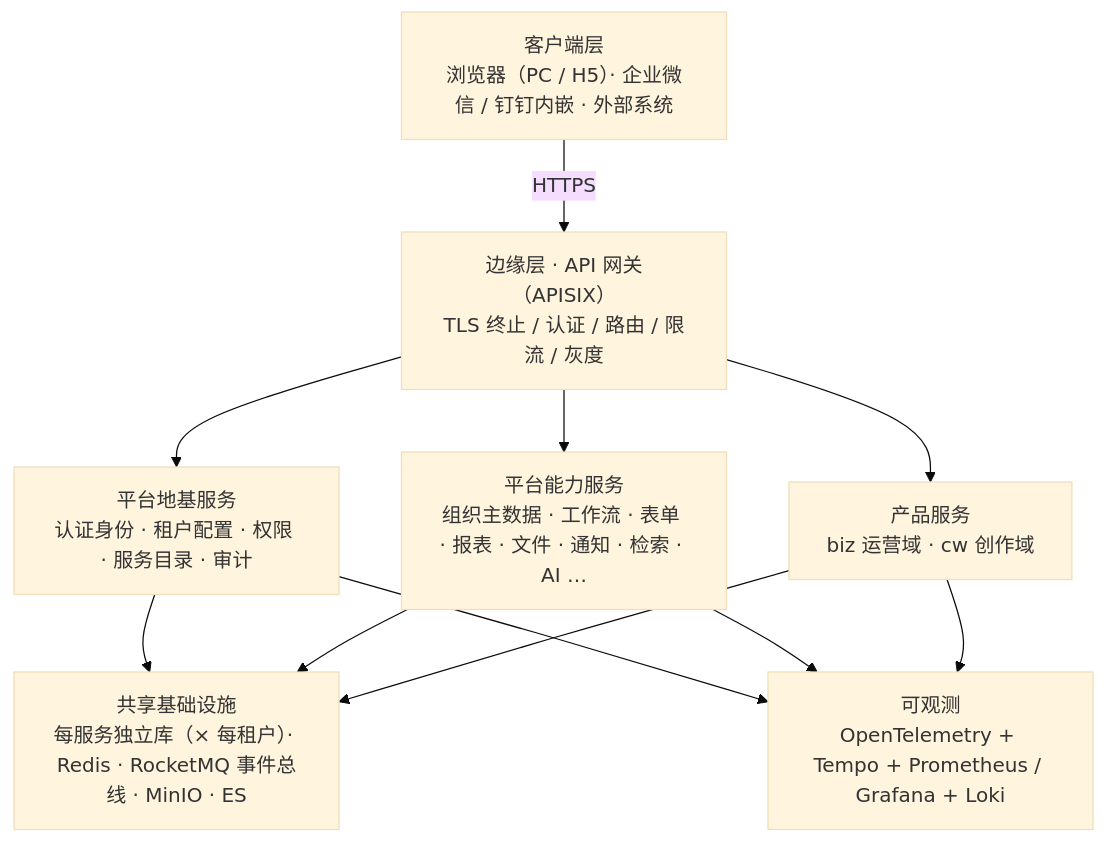
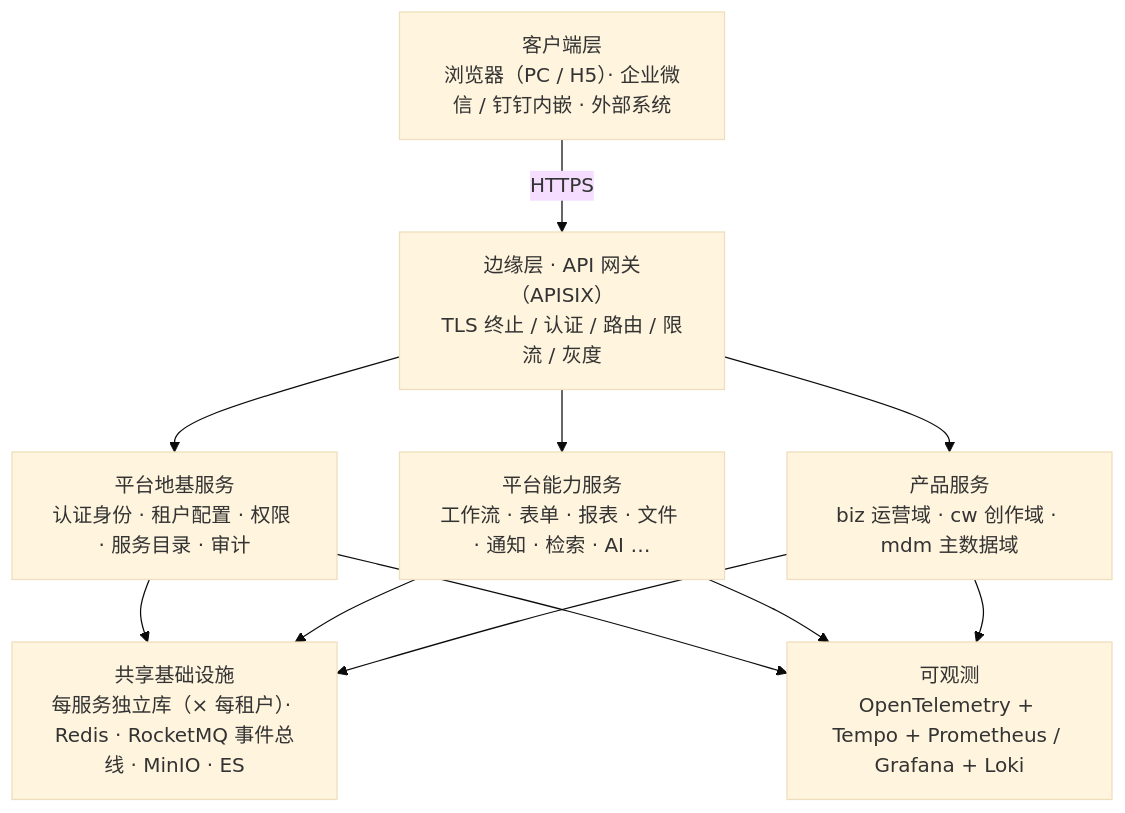
Before and after one commit to minjian123/basic-management-system: the first of 3 diagrams in bms文档/设计/架构设计/03_架构设计_总体架构.md, drawn with Mermaid (base theme). The commit also changed other lines of this file and 9 other files, not shown here.

````diff
--- a/bms文档/设计/架构设计/03_架构设计_总体架构.md
+++ b/bms文档/设计/架构设计/03_架构设计_总体架构.md
@@ -17,14 +17,14 @@
 ```mermaid
 graph TD
     A["客户端层<br/>浏览器（PC / H5）· 企业微信 / 钉钉内嵌 · 外部系统"]
     A -->|HTTPS| G["边缘层 · API 网关（APISIX）<br/>TLS 终止 / 认证 / 路由 / 限流 / 灰度"]
     G --> S0["平台地基服务<br/>认证身份 · 租户配置 · 权限 · 服务目录 · 审计"]
-    G --> S1["平台能力服务<br/>组织主数据 · 工作流 · 表单 · 报表 · 文件 · 通知 · 检索 · AI …"]
-    G --> S2["产品服务<br/>biz 运营域 · cw 创作域"]
+    G --> S1["平台能力服务<br/>工作流 · 表单 · 报表 · 文件 · 通知 · 检索 · AI …"]
+    G --> S2["产品服务<br/>biz 运营域 · cw 创作域 · mdm 主数据域"]
     S0 --> INF["共享基础设施<br/>每服务独立库（× 每租户）· Redis · RocketMQ 事件总线 · MinIO · ES"]
     S1 --> INF
     S2 --> INF
     S0 --> OBS["可观测<br/>OpenTelemetry + Tempo + Prometheus / Grafana + Loki"]
     S1 --> OBS
     S2 --> OBS
 ```
````
